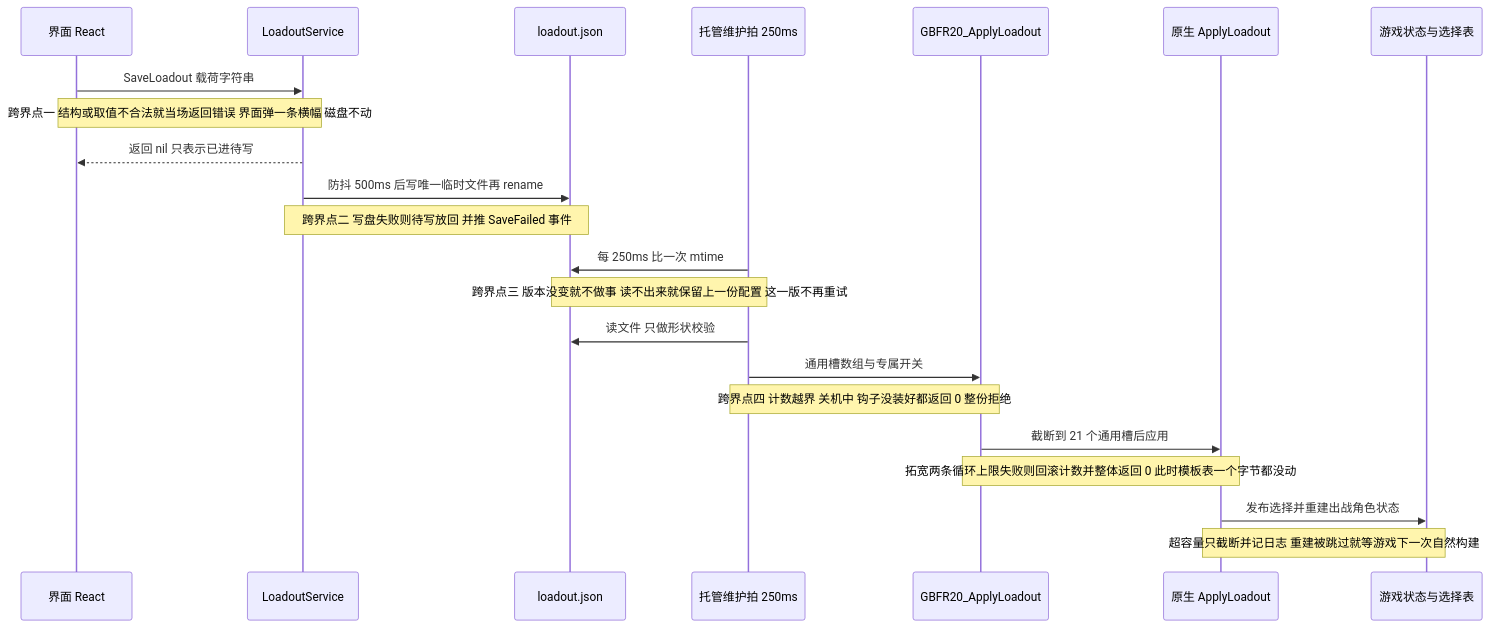
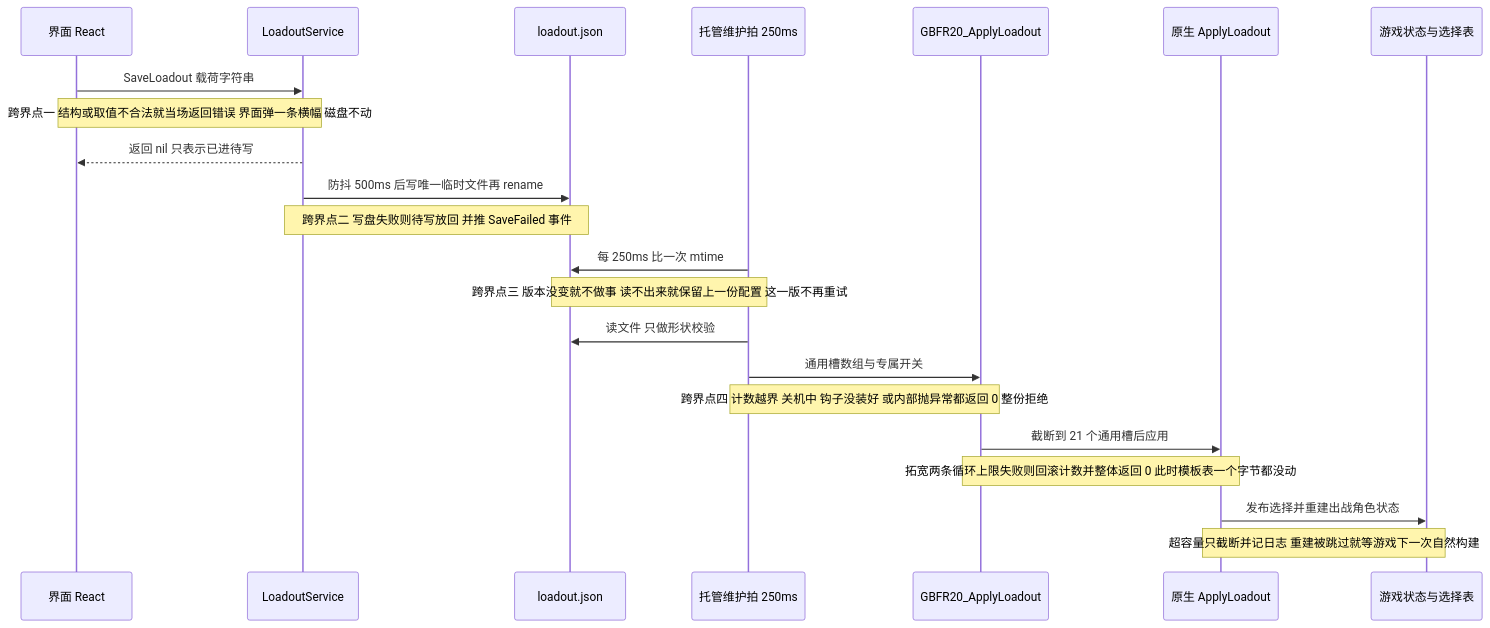
One commit to baagod/GBFR-Sigil-Loadout changed the first of 2 diagrams in openwiki/workflows/loadout-apply.md. Above: the diagram before and after it, drawn with Mermaid. The commit also changed other lines of this file and 47 other files, not shown here.

````diff
--- a/openwiki/workflows/loadout-apply.md
+++ b/openwiki/workflows/loadout-apply.md
@@ -69,25 +73,25 @@
 ```mermaid
 sequenceDiagram
     participant UI as 界面 React
     participant Go as LoadoutService
     participant F as loadout.json
     participant Tick as 托管维护拍 250ms
     participant ABI as GBFR20_ApplyLoadout
     participant N as 原生 ApplyLoadout
     participant Game as 游戏状态与选择表
 
     UI->>Go: SaveLoadout 载荷字符串
     Note over UI,Go: 跨界点一 结构或取值不合法就当场返回错误 界面弹一条横幅 磁盘不动
     Go-->>UI: 返回 nil 只表示已进待写
     Go->>F: 防抖 500ms 后写唯一临时文件再 rename
     Note over Go,F: 跨界点二 写盘失败则待写放回 并推 SaveFailed 事件
     Tick->>F: 每 250ms 比一次 mtime
     Note over Tick,F: 跨界点三 版本没变就不做事 读不出来就保留上一份配置 这一版不再重试
     Tick->>F: 读文件 只做形状校验
     Tick->>ABI: 通用槽数组与专属开关
-    Note over Tick,ABI: 跨界点四 计数越界 关机中 钩子没装好都返回 0 整份拒绝
+    Note over Tick,ABI: 跨界点四 计数越界 关机中 钩子没装好 或内部抛异常都返回 0 整份拒绝
     ABI->>N: 截断到 21 个通用槽后应用
     Note over ABI,N: 拓宽两条循环上限失败则回滚计数并整体返回 0 此时模板表一个字节都没动
     N->>Game: 发布选择并重建出战角色状态
     Note over N,Game: 超容量只截断并记日志 重建被跳过就等游戏下一次自然构建
 ```
````
